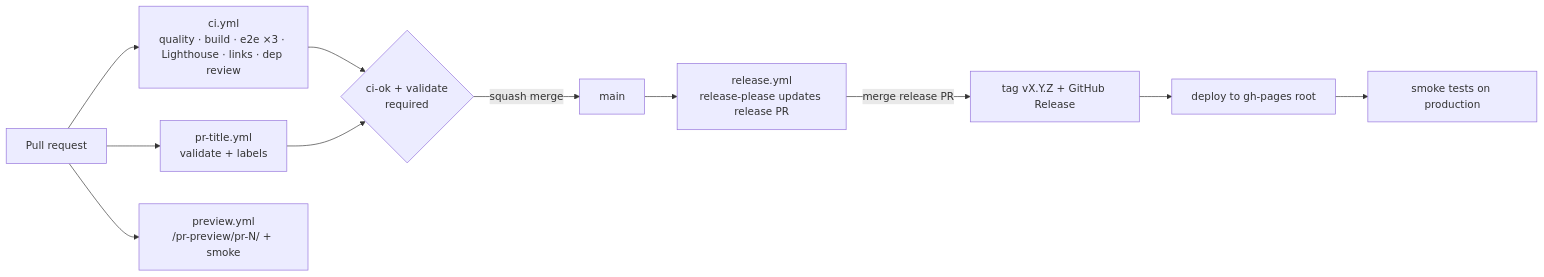
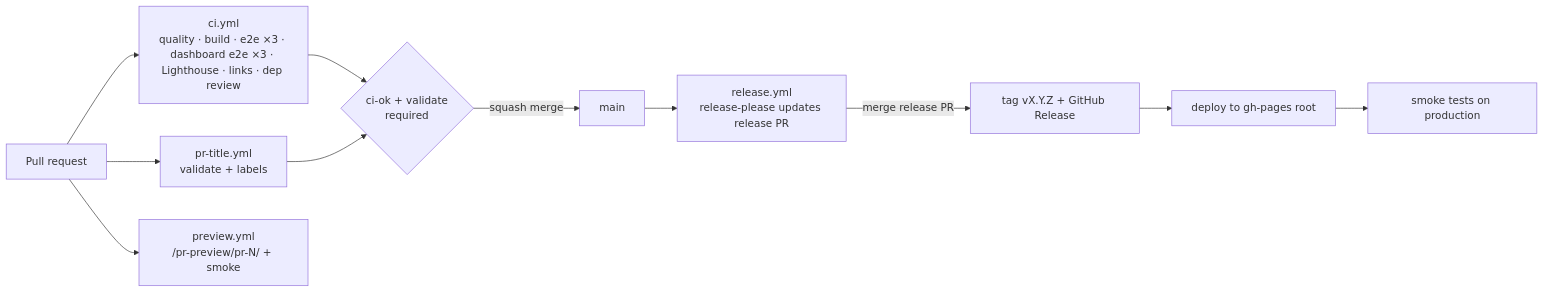
Before and after one commit to roarceus/roarceus.github.io: the second of 2 diagrams in README.md, drawn with Mermaid. The commit also changed other lines of this file and 23 other files, not shown here.

````diff
--- a/README.md
+++ b/README.md
@@ -139,12 +139,12 @@
 ```mermaid
 flowchart LR
-  pr["Pull request"] --> ci["ci.yml<br/>quality · build · e2e ×3 · Lighthouse · links · dep review"]
+  pr["Pull request"] --> ci["ci.yml<br/>quality · build · e2e ×3 · dashboard e2e ×3 · Lighthouse · links · dep review"]
   pr --> title["pr-title.yml<br/>validate + labels"]
   pr --> preview["preview.yml<br/>/pr-preview/pr-N/ + smoke"]
   ci --> ok{"ci-ok + validate<br/>required"}
   title --> ok
   ok -->|squash merge| main["main"]
   main --> rp["release.yml<br/>release-please updates release PR"]
   rp -->|merge release PR| tag["tag vX.Y.Z + GitHub Release"]
   tag --> deploy["deploy to gh-pages root"] --> smoke["smoke tests on production"]
 ```
````
